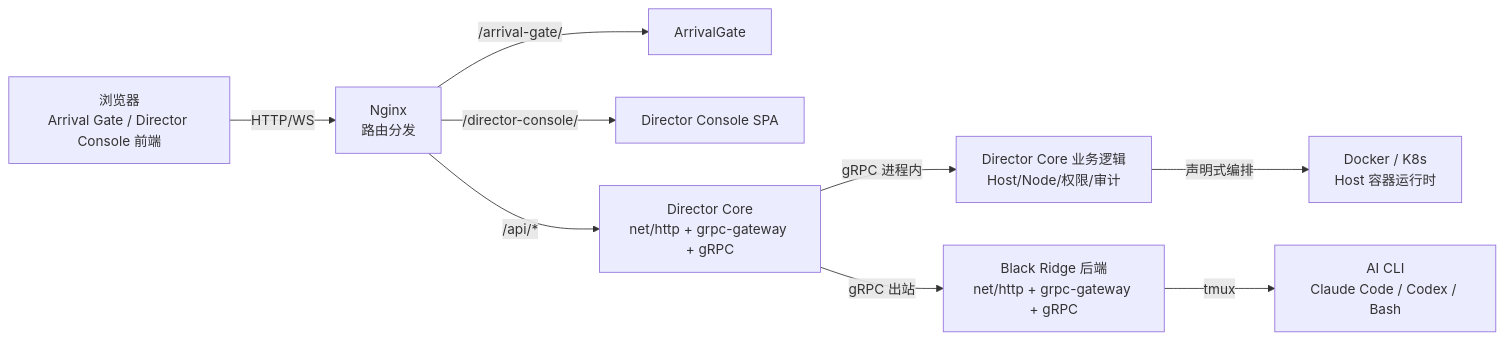
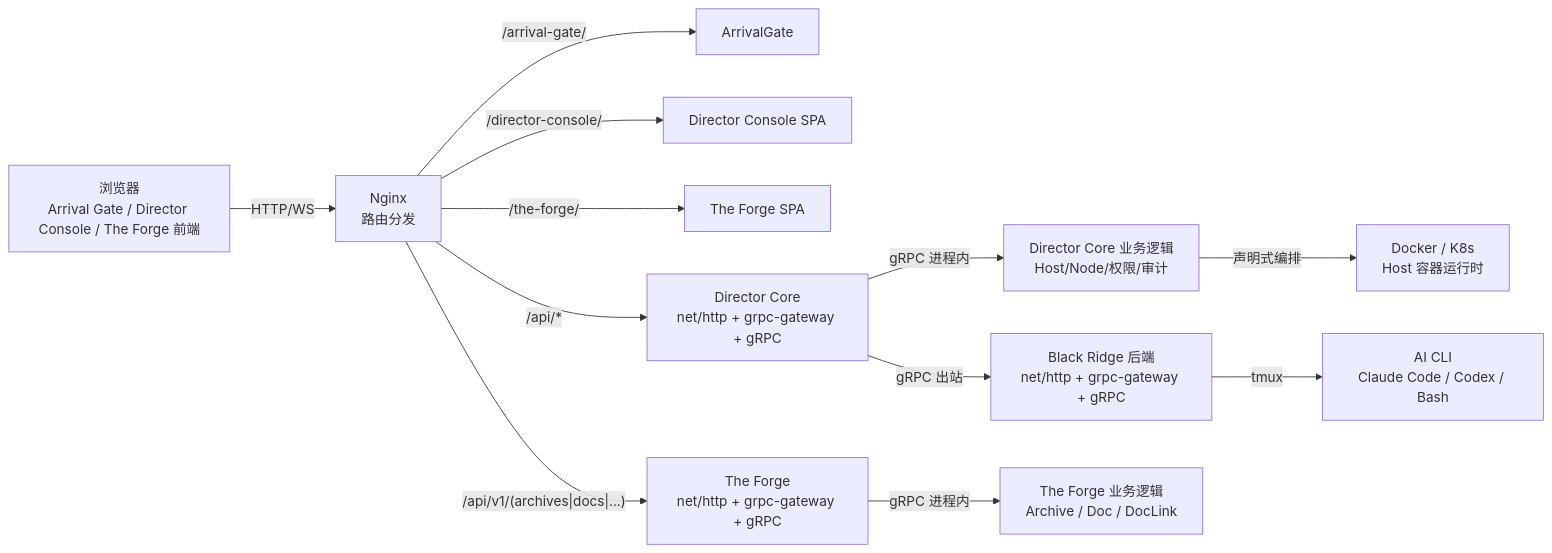
The second of 4 diagrams in docs/architecture.md (charviki/maze), drawn with Mermaid before and after one commit. The commit also changed other lines of this file and 192 other files, not shown here.

````diff
--- a/docs/architecture.md
+++ b/docs/architecture.md
@@ -37,14 +41,18 @@
 ```mermaid
 graph LR
-    Browser["浏览器<br/>Arrival Gate / Director Console 前端"] -->|HTTP/WS| Nginx["Nginx<br/>路由分发"]
+    Browser["浏览器<br/>Arrival Gate / Director Console / The Forge 前端"] -->|HTTP/WS| Nginx["Nginx<br/>路由分发"]
     Nginx -->|"/arrival-gate/"| ArrivalGate
     Nginx -->|"/director-console/"| DirectorConsole["Director Console SPA"]
+    Nginx -->|"/the-forge/"| TheForgeUI["The Forge SPA"]
+    Nginx -->|"/api/v1/(archives|docs|...)"| TheForge["The Forge<br/>net/http + grpc-gateway + gRPC"]
     Nginx -->|"/api/*"| DirectorCore["Director Core<br/>net/http + grpc-gateway + gRPC"]
 
     DirectorCore -->|"gRPC 进程内"| DirectorCoreLogic["Director Core 业务逻辑<br/>Host/Node/权限/审计"]
     DirectorCore -->|"gRPC 出站"| BR_BE["Black Ridge 后端<br/>net/http + grpc-gateway + gRPC"]
 
+    TheForge -->|"gRPC 进程内"| ForgeLogic["The Forge 业务逻辑<br/>Archive / Doc / DocLink"]
+
     BR_BE -->|tmux| CLI["AI CLI<br/>Claude Code / Codex / Bash"]
 
     DirectorCoreLogic -->|"声明式编排"| Runtime["Docker / K8s<br/>Host 容器运行时"]
 ```
````
